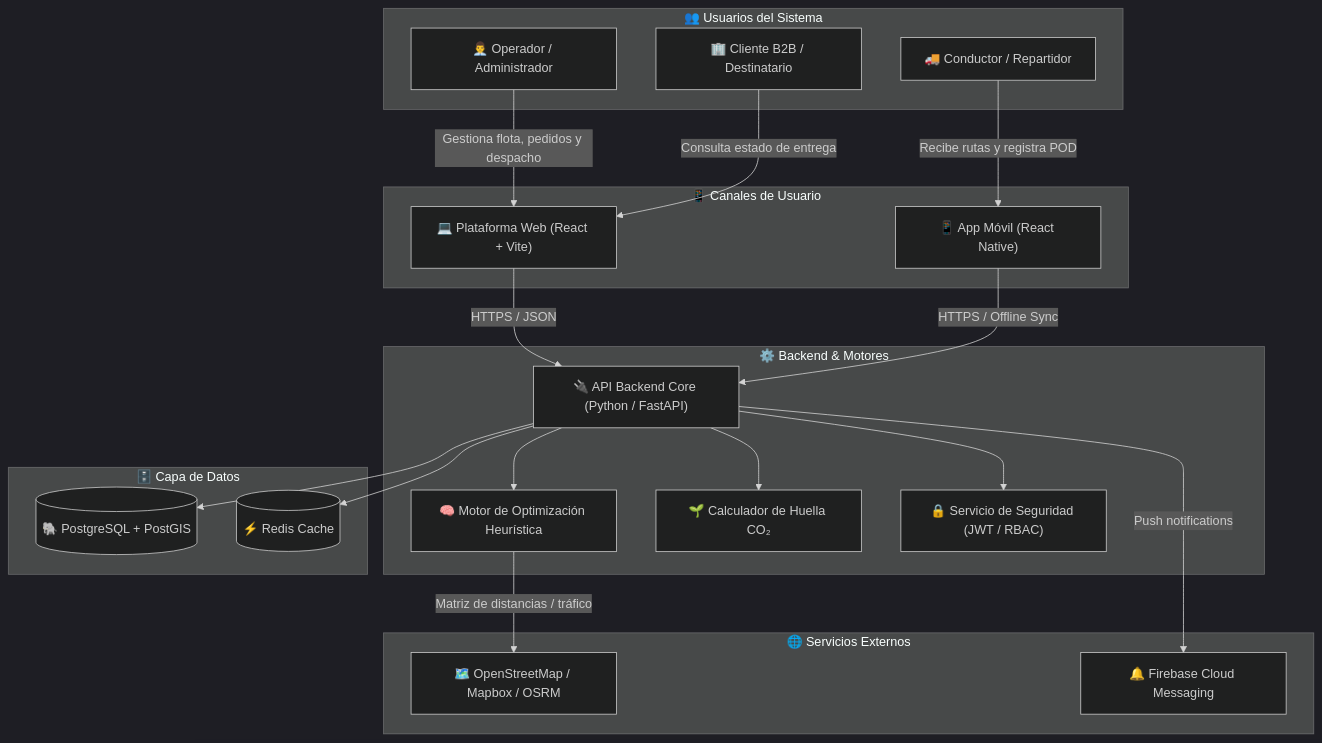
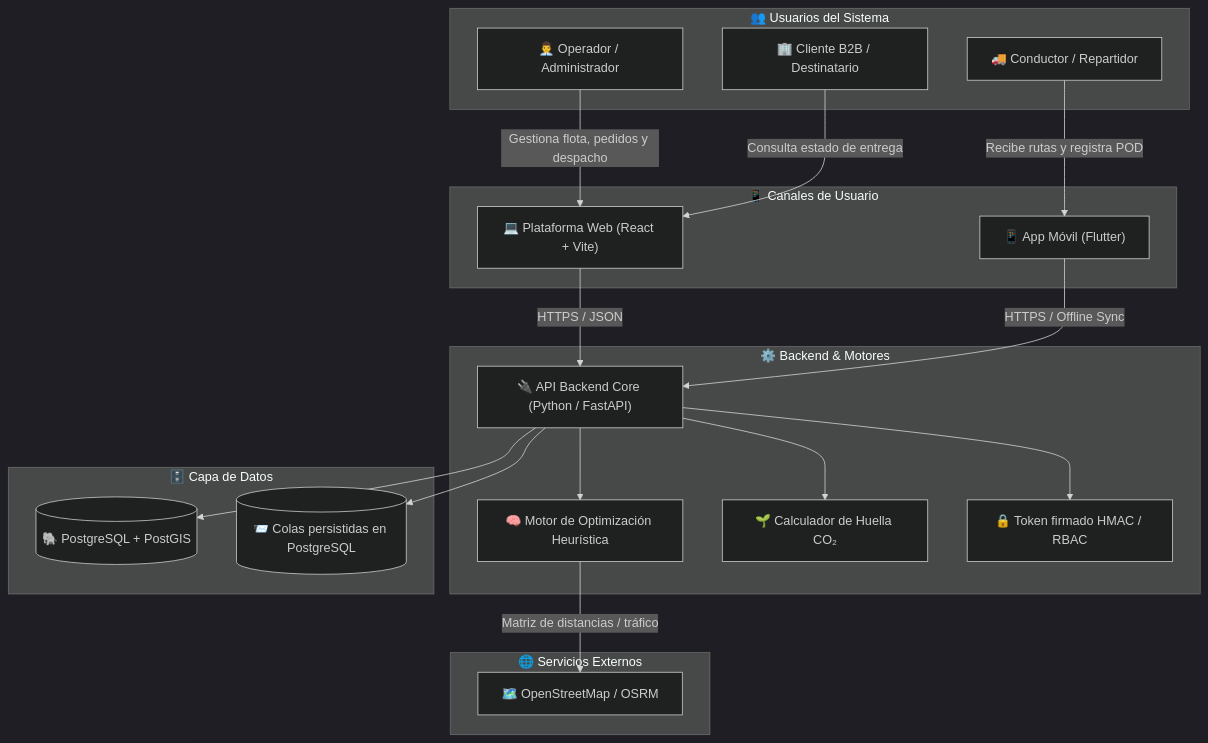
One commit to MartinezJhef/EcoLogistica-Lima changed the diagram in README.md. Above: the diagram before and after it, drawn with Mermaid (dark theme). The commit also changed other lines of this file and 41 other files, not shown here.

````diff
--- a/README.md
+++ b/README.md
@@ -69,46 +90,44 @@
 ```mermaid
 flowchart TD
     subgraph Actores["👥 Usuarios del Sistema"]
         ADM["👨‍💼 Operador / Administrador"]
         CND["🚚 Conductor / Repartidor"]
         CLI["🏢 Cliente B2B / Destinatario"]
     end
 
     subgraph Canales["📱 Canales de Usuario"]
         WEB["💻 Plataforma Web (React + Vite)"]
-        MOB["📱 App Móvil (React Native)"]
+        MOB["📱 App Móvil (Flutter)"]
     end
 
     subgraph Servicios["⚙️ Backend & Motores"]
         API["🔌 API Backend Core (Python / FastAPI)"]
         OPT["🧠 Motor de Optimización Heurística"]
         ENV["🌱 Calculador de Huella CO₂"]
-        AUTH["🔒 Servicio de Seguridad (JWT / RBAC)"]
+        AUTH["🔒 Token firmado HMAC / RBAC"]
     end
 
     subgraph Persistencia["🗄️ Capa de Datos"]
         DB[(🐘 PostgreSQL + PostGIS)]
-        CACHE[(⚡ Redis Cache)]
+        QUEUE[(📨 Colas persistidas en PostgreSQL)]
     end
 
     subgraph Externos["🌐 Servicios Externos"]
-        GIS["🗺️ OpenStreetMap / Mapbox / OSRM"]
-        NOTIF["🔔 Firebase Cloud Messaging"]
+        GIS["🗺️ OpenStreetMap / OSRM"]
     end
 
     ADM -->|Gestiona flota, pedidos y despacho| WEB
     CND -->|Recibe rutas y registra POD| MOB
     CLI -->|Consulta estado de entrega| WEB
 
     WEB -->|HTTPS / JSON| API
     MOB -->|HTTPS / Offline Sync| API
 
     API --> AUTH
     API --> OPT
     API --> ENV
     API --> DB
-    API --> CACHE
+    API --> QUEUE
 
     OPT -->|Matriz de distancias / tráfico| GIS
-    API -->|Push notifications| NOTIF
 ```
````
